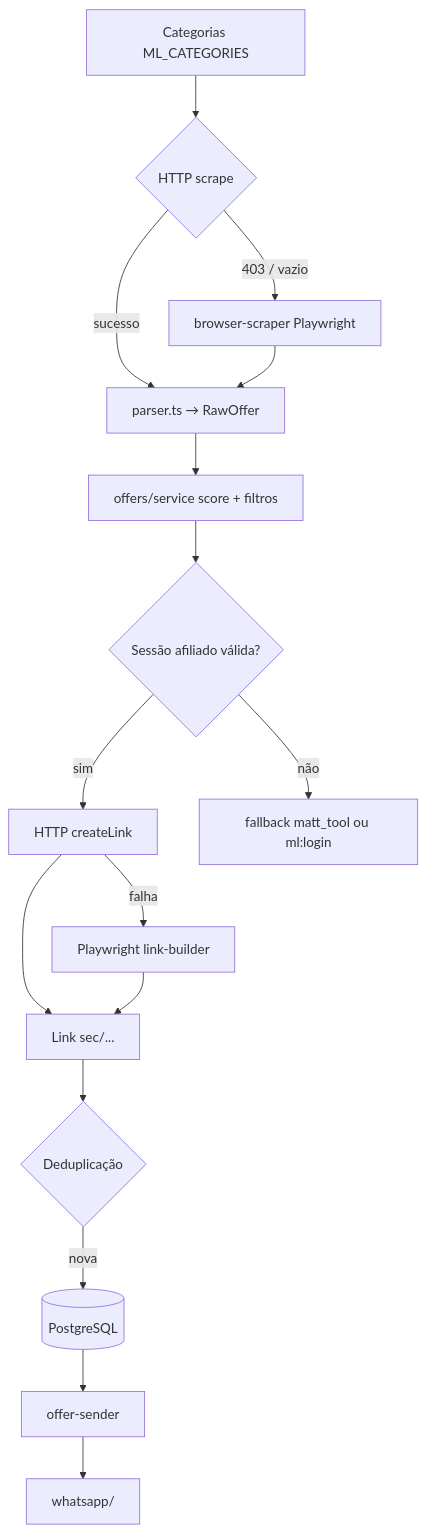
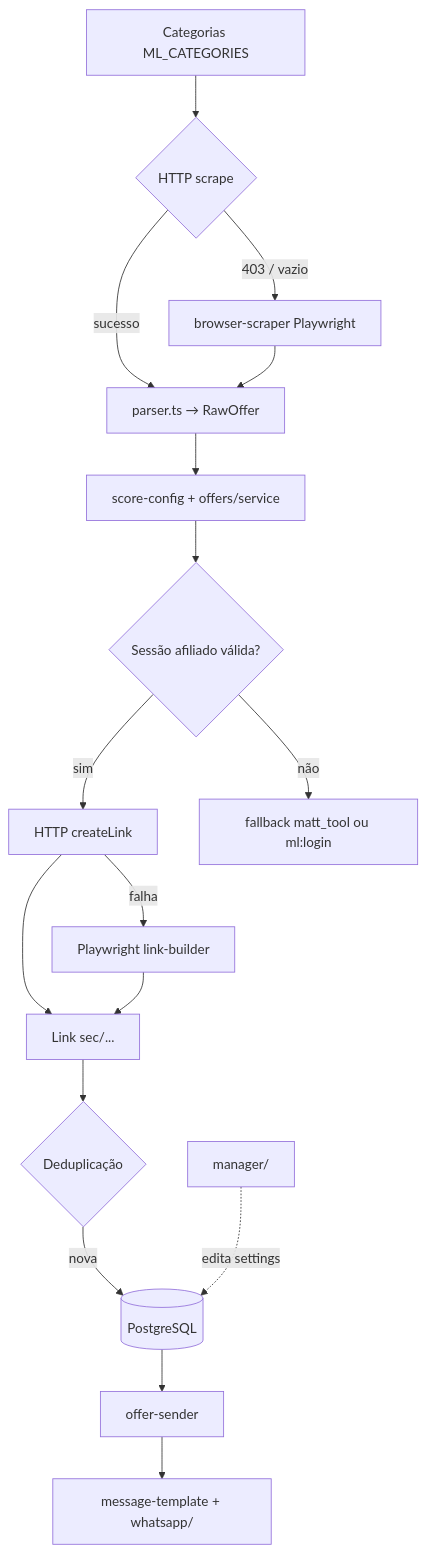
One commit to YoungC0DE/radar-ofertas changed the diagram in .cursor/docs/architecture.md. Above: the diagram before and after it, drawn with Mermaid. The commit also changed other lines of this file and 14 other files, not shown here.

````diff
--- a/.cursor/docs/architecture.md
+++ b/.cursor/docs/architecture.md
@@ -48,18 +63,19 @@
 ```mermaid
 flowchart TD
     A[Categorias ML_CATEGORIES] --> B{HTTP scrape}
     B -->|sucesso| C[parser.ts → RawOffer]
     B -->|403 / vazio| D[browser-scraper Playwright]
     D --> C
-    C --> E[offers/service score + filtros]
+    C --> E[score-config + offers/service]
     E --> F{Sessão afiliado válida?}
     F -->|sim| G[HTTP createLink]
     F -->|não| H[fallback matt_tool ou ml:login]
     G -->|falha| I[Playwright link-builder]
     G --> J[Link sec/...]
     I --> J
     J --> K{Deduplicação}
     K -->|nova| L[(PostgreSQL)]
     L --> M[offer-sender]
-    M --> N[whatsapp/]
+    M --> N[message-template + whatsapp/]
+    O[manager/] -.->|edita settings| L
 ```
````
